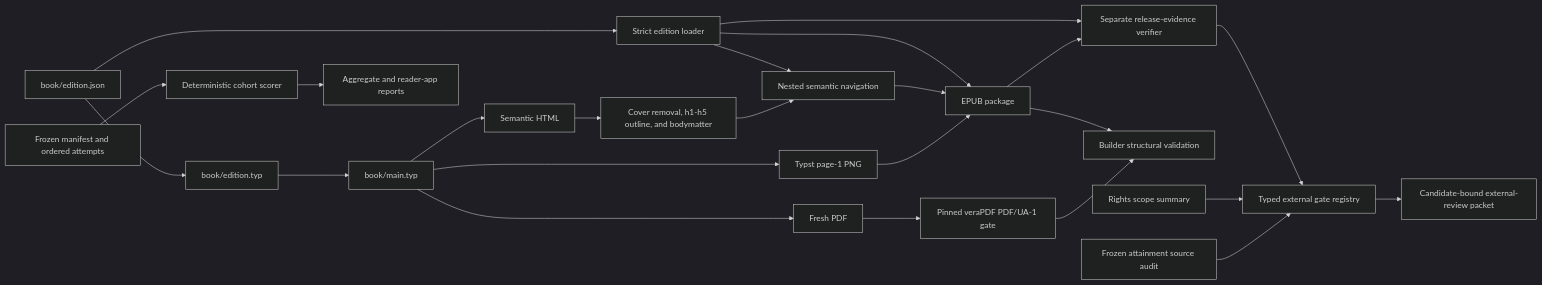
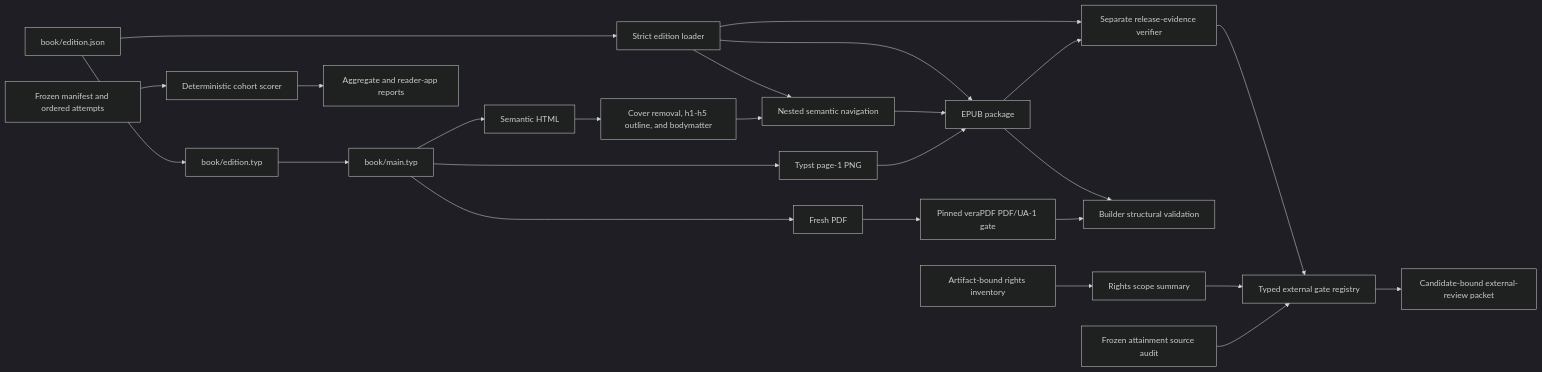
Before and after one commit to streamentry/streamentry: the first of 5 diagrams in scripts/AGENTS.md, drawn with Mermaid (dark theme). The commit also changed other lines of this file and 12 other files, not shown here.

Commit message:
Bind rights inventory to release artifacts

````diff
--- a/scripts/AGENTS.md
+++ b/scripts/AGENTS.md
@@ -52,26 +53,27 @@
 ```mermaid
 flowchart LR
   D["book/edition.json"] --> L["Strict edition loader"]
   D --> Y["book/edition.typ"]
   Y --> T
   L --> N
   L --> E
   L --> W
   T["book/main.typ"] --> P["Fresh PDF"]
   P --> U1["Pinned veraPDF PDF/UA-1 gate"]
   T --> C["Typst page-1 PNG"]
   T --> H["Semantic HTML"]
   H --> X["Cover removal, h1-h5 outline, and bodymatter"]
   X --> N["Nested semantic navigation"]
   N --> E["EPUB package"]
   C --> E
   E --> V["Builder structural validation"]
   U1 --> V
   E --> W["Separate release-evidence verifier"]
   W --> Q["Typed external gate registry"]
-  RD["Rights scope summary"] --> Q
+  RI["Artifact-bound rights inventory"] --> RD["Rights scope summary"]
+  RD --> Q
   A["Frozen attainment source audit"] --> Q
   Q --> K["Candidate-bound external-review packet"]
   F["Frozen manifest and ordered attempts"] --> S["Deterministic cohort scorer"]
   S --> G["Aggregate and reader-app reports"]
 ```
````
